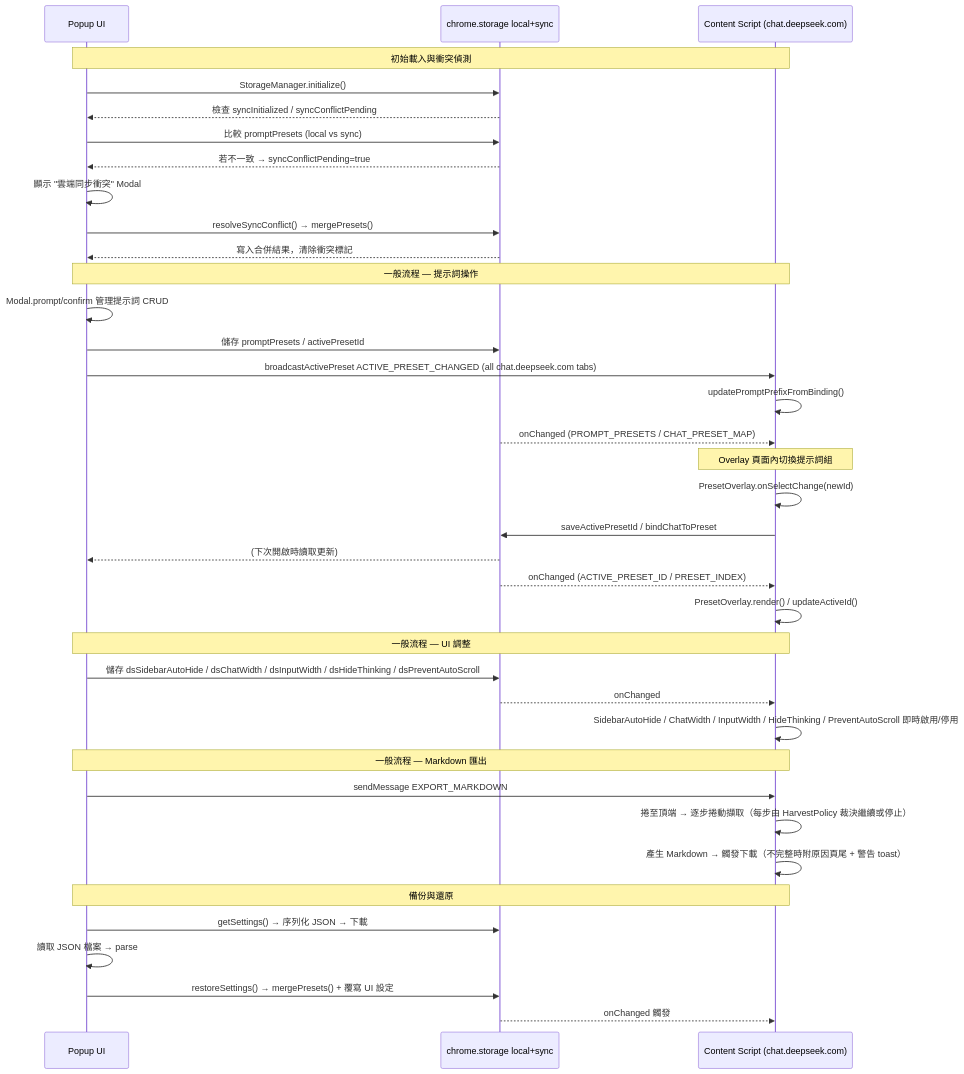
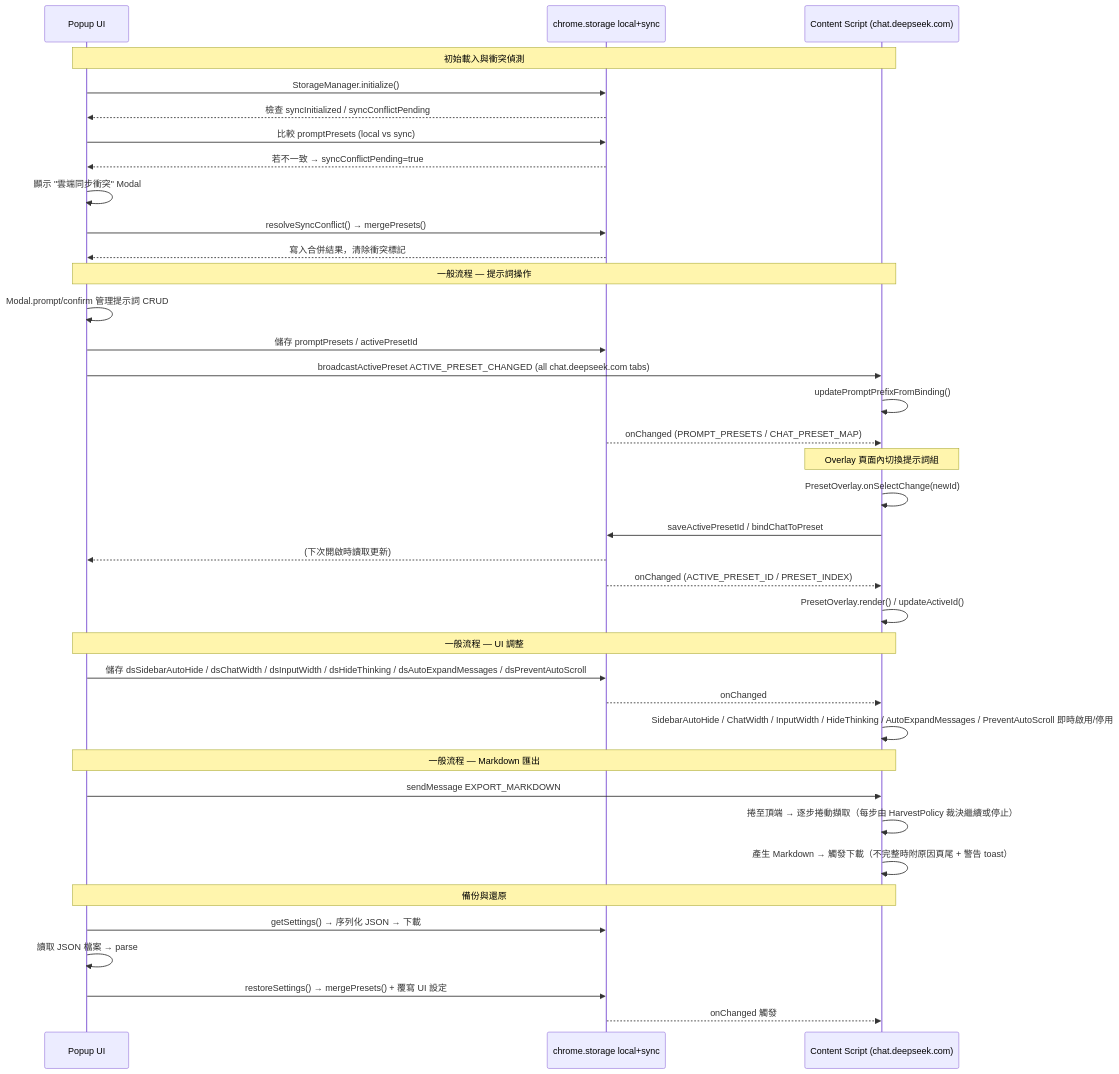
The diagram in docs/ARCHITECTURE.md (sov1n14/ds-studio), drawn with Mermaid before and after one commit. The commit also changed other lines of this file and 13 other files, not shown here.

````diff
--- a/docs/ARCHITECTURE.md
+++ b/docs/ARCHITECTURE.md
@@ -254,45 +255,45 @@
 ```mermaid
 sequenceDiagram
     participant Popup as Popup UI
     participant Storage as chrome.storage local+sync
     participant Content as Content Script (chat.deepseek.com)
 
     Note over Popup,Content: 初始載入與衝突偵測
     Popup->>Storage: StorageManager.initialize()
     Storage-->>Popup: 檢查 syncInitialized / syncConflictPending
     Popup->>Storage: 比較 promptPresets (local vs sync)
     Storage-->>Popup: 若不一致 → syncConflictPending=true
     Popup->>Popup: 顯示 "雲端同步衝突" Modal
     Popup->>Storage: resolveSyncConflict() → mergePresets()
     Storage-->>Popup: 寫入合併結果，清除衝突標記
 
     Note over Popup,Content: 一般流程 — 提示詞操作
     Popup->>Popup: Modal.prompt/confirm 管理提示詞 CRUD
     Popup->>Storage: 儲存 promptPresets / activePresetId
     Popup->>Content: broadcastActivePreset ACTIVE_PRESET_CHANGED (all chat.deepseek.com tabs)
     Content->>Content: updatePromptPrefixFromBinding()
     Storage-->>Content: onChanged (PROMPT_PRESETS / CHAT_PRESET_MAP)
 
     Note over Content: Overlay 頁面內切換提示詞組
     Content->>Content: PresetOverlay.onSelectChange(newId)
     Content->>Storage: saveActivePresetId / bindChatToPreset
     Storage-->>Popup: (下次開啟時讀取更新)
     Storage-->>Content: onChanged (ACTIVE_PRESET_ID / PRESET_INDEX)
     Content->>Content: PresetOverlay.render() / updateActiveId()
 
     Note over Popup,Content: 一般流程 — UI 調整
-    Popup->>Storage: 儲存 dsSidebarAutoHide / dsChatWidth / dsInputWidth / dsHideThinking / dsPreventAutoScroll
+    Popup->>Storage: 儲存 dsSidebarAutoHide / dsChatWidth / dsInputWidth / dsHideThinking / dsAutoExpandMessages / dsPreventAutoScroll
     Storage-->>Content: onChanged
-    Content->>Content: SidebarAutoHide / ChatWidth / InputWidth / HideThinking / PreventAutoScroll 即時啟用/停用
+    Content->>Content: SidebarAutoHide / ChatWidth / InputWidth / HideThinking / AutoExpandMessages / PreventAutoScroll 即時啟用/停用
 
     Note over Popup,Content: 一般流程 — Markdown 匯出
     Popup->>Content: sendMessage EXPORT_MARKDOWN
     Content->>Content: 捲至頂端 → 逐步捲動擷取（每步由 HarvestPolicy 裁決繼續或停止）
     Content->>Content: 產生 Markdown → 觸發下載（不完整時附原因頁尾 + 警告 toast）
 
     Note over Popup,Content: 備份與還原
     Popup->>Storage: getSettings() → 序列化 JSON → 下載
     Popup->>Popup: 讀取 JSON 檔案 → parse
     Popup->>Storage: restoreSettings() → mergePresets() + 覆寫 UI 設定
     Storage-->>Content: onChanged 觸發
 ```
````
